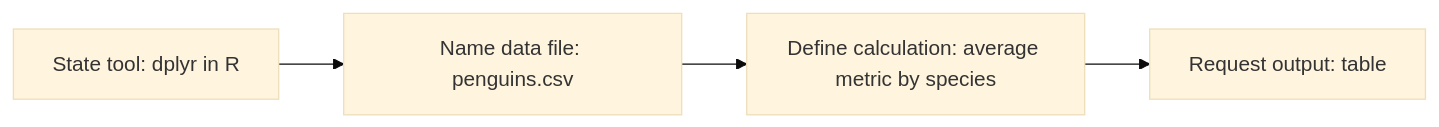
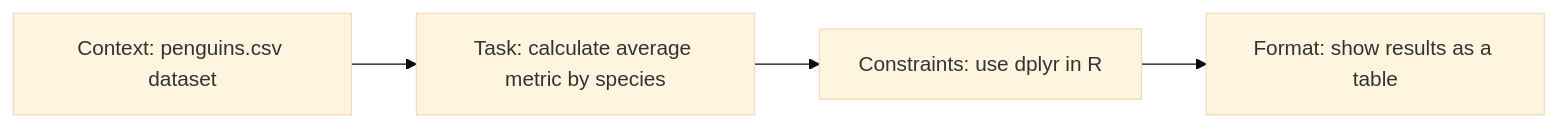
The second of 2 diagrams in content/workshops/01_concepts_and_context.md (ubc-library-rc/ai_for_coding), drawn with Mermaid (base theme) before and after one commit. The commit also changed other lines of this file and 1 other file, not shown here.

Commit message:
W1 revised and final edits

````diff
--- a/content/workshops/01_concepts_and_context.md
+++ b/content/workshops/01_concepts_and_context.md
@@ -96,8 +96,8 @@
 ```mermaid
 flowchart LR
-    A["State tool: dplyr in R"]
-    B["Name data file: penguins.csv"]
-    C["Define calculation: average metric by species"]
-    D["Request output: table"]
+    A["Context: penguins.csv dataset"]
+    B["Task: calculate average metric by species"]
+    C["Constraints: use dplyr in R"]
+    D["Format: show results as a table"]
     A --> B --> C --> D
 ```
````
